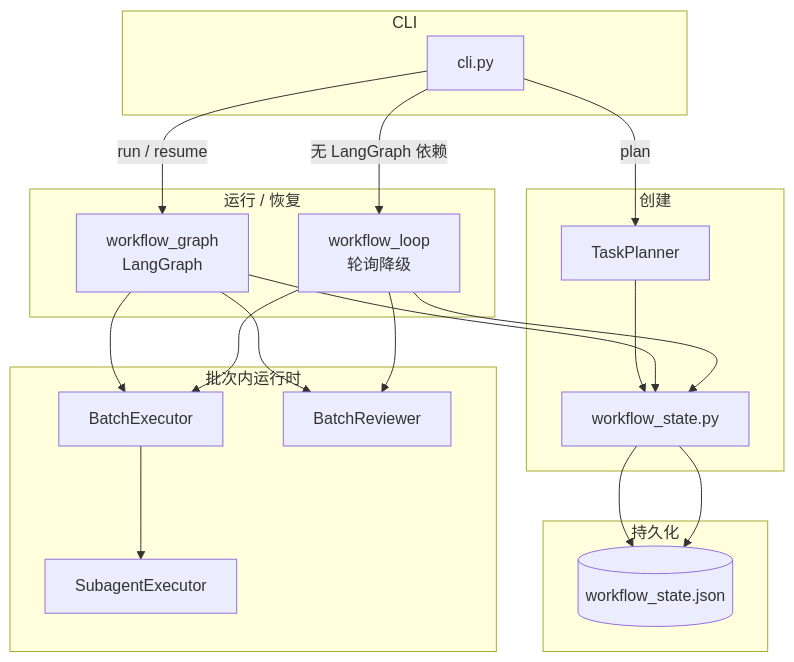
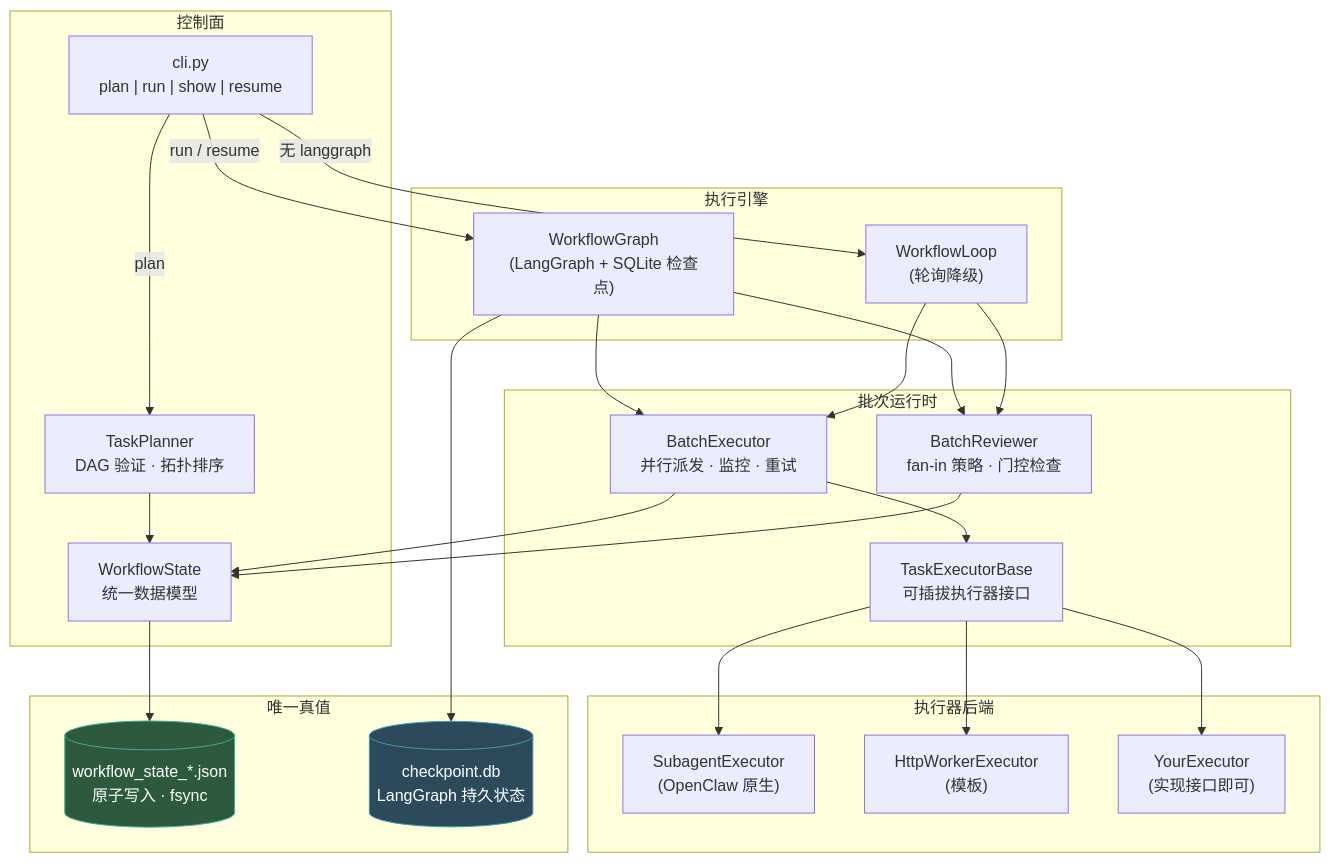
One commit to lanyasheng/openclaw-company-orchestration-proposal changed the first of 3 diagrams in README_CN.md. Above: the diagram before and after it, drawn with Mermaid. The commit also changed other lines of this file and 9 other files, not shown here.

````diff
--- a/README_CN.md
+++ b/README_CN.md
@@ -37,36 +38,44 @@
 ```mermaid
 graph TD
-  subgraph Entry["CLI"]
-    CLI[cli.py]
+  subgraph Control["控制面"]
+    CLI["cli.py<br/>plan | run | show | resume"]
+    TP["TaskPlanner<br/>DAG 验证 · 拓扑排序"]
+    WS["WorkflowState<br/>统一数据模型"]
   end
-  subgraph Plan["创建"]
-    TP[TaskPlanner]
-    WS[workflow_state.py]
+
+  subgraph Engines["执行引擎"]
+    LG["WorkflowGraph<br/>(LangGraph + SQLite 检查点)"]
+    WL["WorkflowLoop<br/>(轮询降级)"]
   end
-  subgraph Engines["运行 / 恢复"]
-    LG[workflow_graph<br/>LangGraph]
-    WL[workflow_loop<br/>轮询降级]
+
+  subgraph Runtime["批次运行时"]
+    BE["BatchExecutor<br/>并行派发 · 监控 · 重试"]
+    SE["TaskExecutorBase<br/>可插拔执行器接口"]
+    BR["BatchReviewer<br/>fan-in 策略 · 门控检查"]
   end
-  subgraph Runtime["批次内运行时"]
-    BE[BatchExecutor]
-    SE[SubagentExecutor]
-    BR[BatchReviewer]
+
+  subgraph Executors["执行器后端"]
+    SAE["SubagentExecutor<br/>(OpenClaw 原生)"]
+    HTTP["HttpWorkerExecutor<br/>(模板)"]
+    CUSTOM["YourExecutor<br/>(实现接口即可)"]
   end
-  subgraph Truth["持久化"]
-    JSON[(workflow_state.json)]
+
+  subgraph Persistence["唯一真值"]
+    JSON[("workflow_state_*.json<br/>原子写入 · fsync")]
+    CK[("checkpoint.db<br/>LangGraph 持久状态")]
   end
 
   CLI -->|plan| TP
-  TP --> WS
-  WS --> JSON
+  TP --> WS --> JSON
   CLI -->|run / resume| LG
-  CLI -->|无 LangGraph 依赖| WL
-  LG --> BE
-  LG --> BR
-  WL --> BE
-  WL --> BR
+  CLI -->|无 langgraph| WL
+  LG & WL --> BE
+  LG & WL --> BR
   BE --> SE
-  LG --> WS
-  WL --> WS
-  WS --> JSON
+  SE --> SAE & HTTP & CUSTOM
+  LG --> CK
+  BE & BR --> WS
+
+  style JSON fill:#2d5a3d,stroke:#4a9,color:#fff
+  style CK fill:#2d4a5a,stroke:#49a,color:#fff
 ```
````
